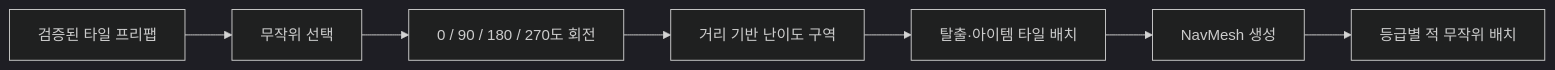
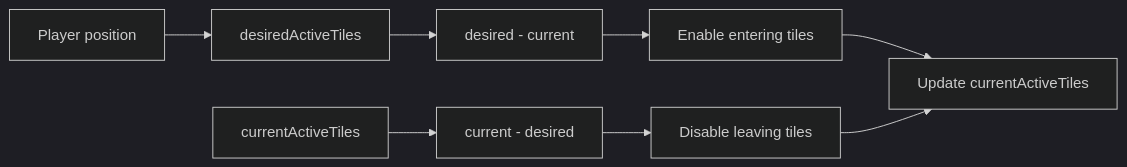
The second of 2 diagrams in Docs/technical/README.md (Lookies09/ashborn-client-portfolio), drawn with Mermaid (dark theme) before and after one commit. The commit also changed other lines of this file and 7 other files, not shown here.

````diff
--- a/Docs/technical/README.md
+++ b/Docs/technical/README.md
@@ -271,9 +107,10 @@
 ```mermaid
 flowchart LR
-    TILE["검증된 타일 프리팹"] --> PICK["무작위 선택"]
-    PICK --> ROTATE["0 / 90 / 180 / 270도 회전"]
-    ROTATE --> TIER["거리 기반 난이도 구역"]
-    TIER --> EVENT["탈출·아이템 타일 배치"]
-    EVENT --> NAV["NavMesh 생성"]
-    NAV --> ENEMY["등급별 적 무작위 배치"]
+    Player["Player position"] --> Desired["desiredActiveTiles"]
+    Current["currentActiveTiles"] --> DiffA["current - desired"]
+    Desired --> DiffB["desired - current"]
+    DiffA --> Disable["Disable leaving tiles"]
+    DiffB --> Enable["Enable entering tiles"]
+    Enable --> NewCurrent["Update currentActiveTiles"]
+    Disable --> NewCurrent
 ```
````
